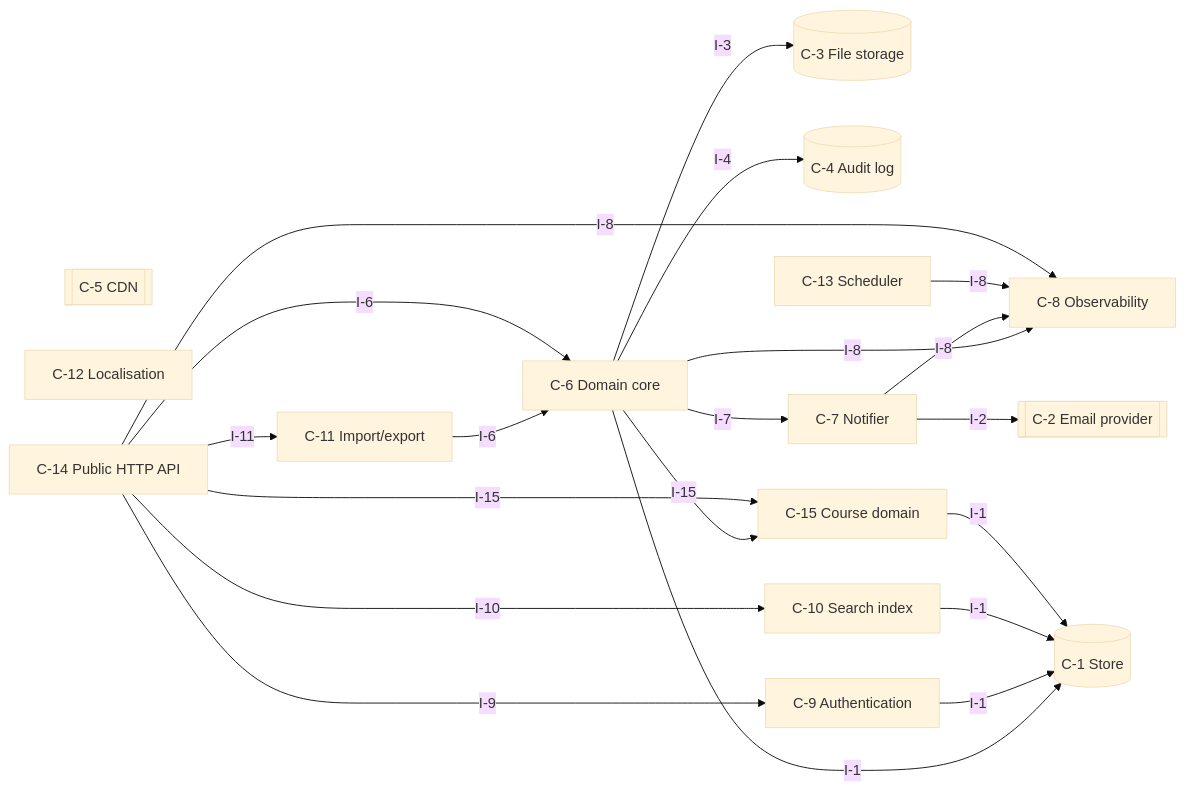
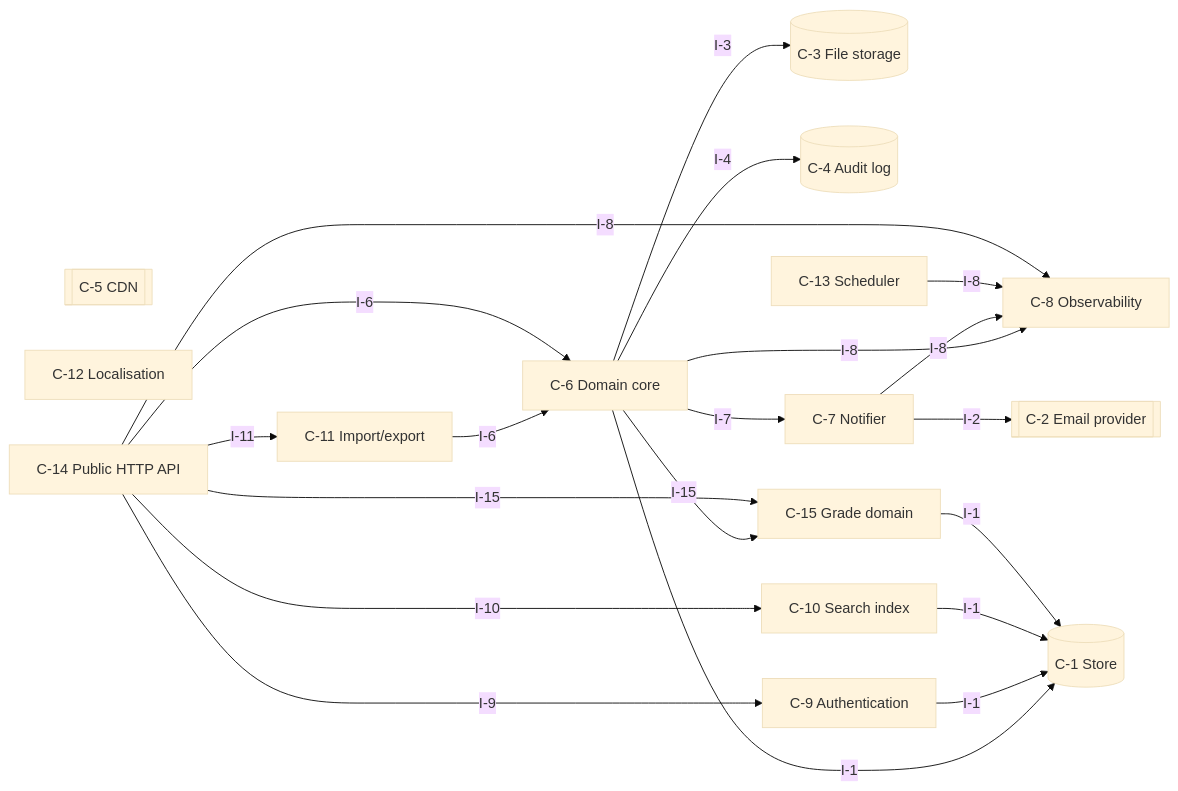
The first of 3 diagrams in examples/eval2/gakushu.DESIGN.md (yui9696/sekkei), drawn with Mermaid (base theme) before and after one commit. The commit also changed other lines of this file and 42 other files, not shown here.

````diff
--- a/examples/eval2/gakushu.DESIGN.md
+++ b/examples/eval2/gakushu.DESIGN.md
@@ -54,37 +54,37 @@
 ```mermaid
 graph LR
   C_1[("C-1 Store")]
   C_2[["C-2 Email provider"]]
   C_3[("C-3 File storage")]
   C_4[("C-4 Audit log")]
   C_5[["C-5 CDN"]]
   C_6["C-6 Domain core"]
   C_7["C-7 Notifier"]
   C_8["C-8 Observability"]
   C_9["C-9 Authentication"]
   C_10["C-10 Search index"]
   C_11["C-11 Import/export"]
   C_12["C-12 Localisation"]
   C_13["C-13 Scheduler"]
   C_14["C-14 Public HTTP API"]
-  C_15["C-15 Course domain"]
+  C_15["C-15 Grade domain"]
   C_6 -->|I-1| C_1
   C_6 -->|I-8| C_8
   C_6 -->|I-3| C_3
   C_6 -->|I-4| C_4
   C_6 -->|I-7| C_7
   C_6 -->|I-15| C_15
   C_7 -->|I-2| C_2
   C_7 -->|I-8| C_8
   C_9 -->|I-1| C_1
   C_10 -->|I-1| C_1
   C_11 -->|I-6| C_6
   C_13 -->|I-8| C_8
   C_14 -->|I-6| C_6
   C_14 -->|I-8| C_8
   C_14 -->|I-9| C_9
   C_14 -->|I-10| C_10
   C_14 -->|I-11| C_11
   C_14 -->|I-15| C_15
   C_15 -->|I-1| C_1
 ```
````
